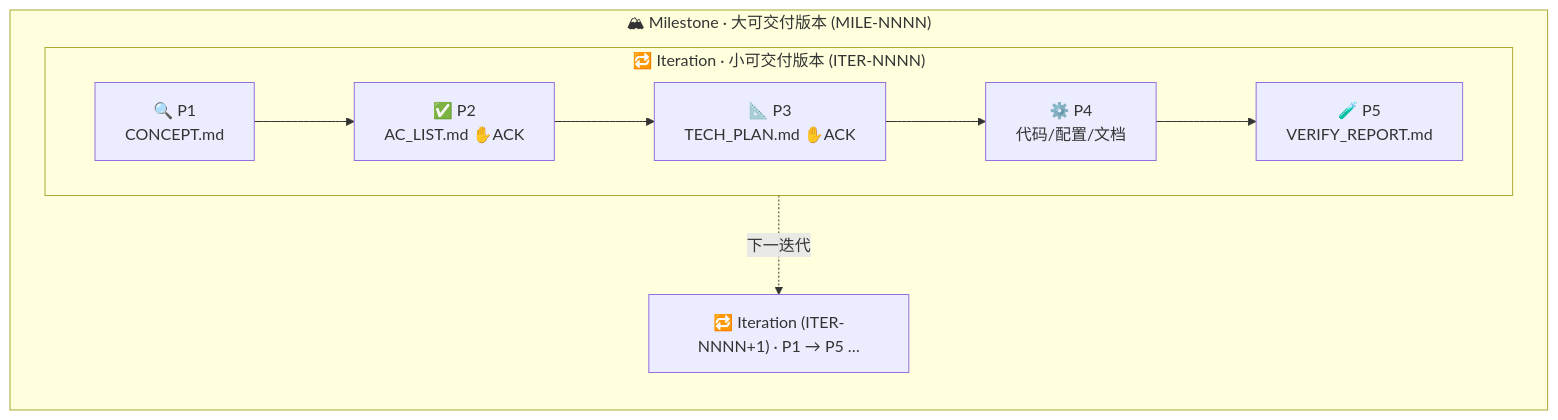
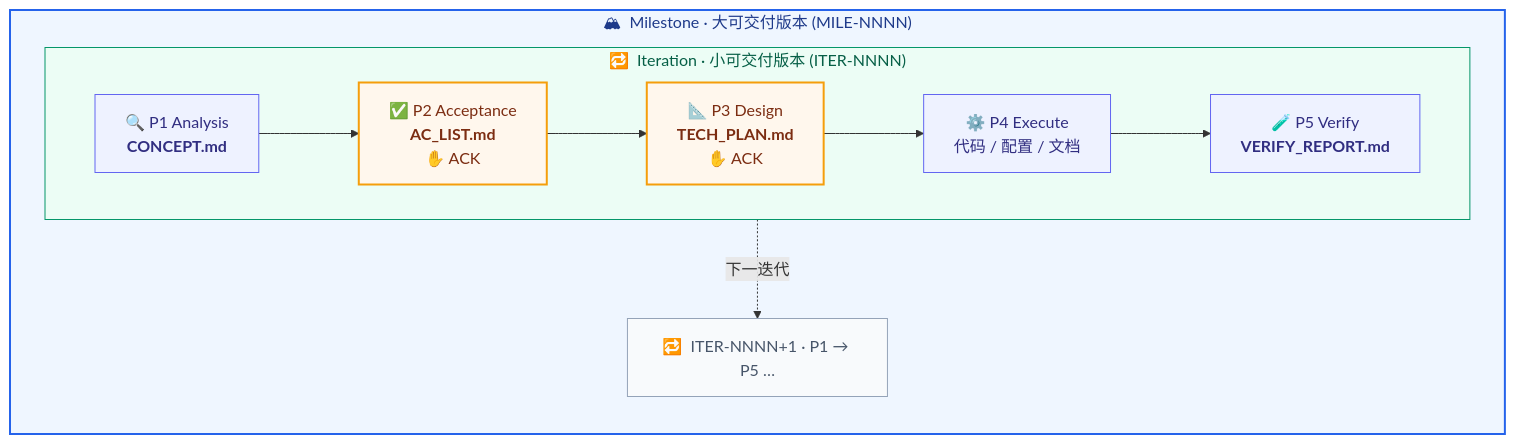
One commit to hidetodong/butler changed the diagram in README.md. Above: the diagram before and after it, drawn with Mermaid.

Commit message:
docs(readme): 美化 Mermaid 工作流图配色与样式
ACK 门控(P2/P3)琥珀色突出、阶段节点靛蓝、下一迭代灰色虚框；
里程碑外框蓝、迭代外框绿；产物名加粗、阶段名补全。

````diff
--- a/README.md
+++ b/README.md
@@ -34,15 +34,24 @@
 ```mermaid
 flowchart TB
-    subgraph MILE["🏔 Milestone · 大可交付版本 (MILE-NNNN)"]
+    subgraph MILE["🏔 &nbsp;Milestone · 大可交付版本 (MILE-NNNN)"]
         direction TB
-        subgraph ITER1["🔁 Iteration · 小可交付版本 (ITER-NNNN)"]
+        subgraph ITER1["🔁 &nbsp;Iteration · 小可交付版本 (ITER-NNNN)"]
             direction LR
-            P1["🔍 P1<br/>CONCEPT.md"] --> P2["✅ P2<br/>AC_LIST.md ✋ACK"]
-            P2 --> P3["📐 P3<br/>TECH_PLAN.md ✋ACK"]
-            P3 --> P4["⚙️ P4<br/>代码/配置/文档"]
-            P4 --> P5["🧪 P5<br/>VERIFY_REPORT.md"]
+            P1["🔍 P1 Analysis<br/><b>CONCEPT.md</b>"] --> P2["✅ P2 Acceptance<br/><b>AC_LIST.md</b><br/>✋ ACK"]
+            P2 --> P3["📐 P3 Design<br/><b>TECH_PLAN.md</b><br/>✋ ACK"]
+            P3 --> P4["⚙️ P4 Execute<br/>代码 / 配置 / 文档"]
+            P4 --> P5["🧪 P5 Verify<br/><b>VERIFY_REPORT.md</b>"]
         end
-        ITER2["🔁 Iteration (ITER-NNNN+1) · P1 → P5 …"]
-        ITER1 -.下一迭代.-> ITER2
+        ITER2["🔁 &nbsp;ITER-NNNN+1 · P1 → P5 …"]
+        ITER1 -. 下一迭代 .-> ITER2
     end
+
+    classDef phase fill:#eef2ff,stroke:#6366f1,stroke-width:1px,color:#312e81;
+    classDef gate fill:#fff7ed,stroke:#f59e0b,stroke-width:2px,color:#7c2d12;
+    classDef next fill:#f8fafc,stroke:#94a3b8,stroke-width:1px,color:#475569;
+    class P1,P4,P5 phase;
+    class P2,P3 gate;
+    class ITER2 next;
+    style MILE fill:#eff6ff,stroke:#2563eb,stroke-width:2px,color:#1e3a8a;
+    style ITER1 fill:#ecfdf5,stroke:#059669,stroke-width:1px,color:#065f46;
 ```
````
